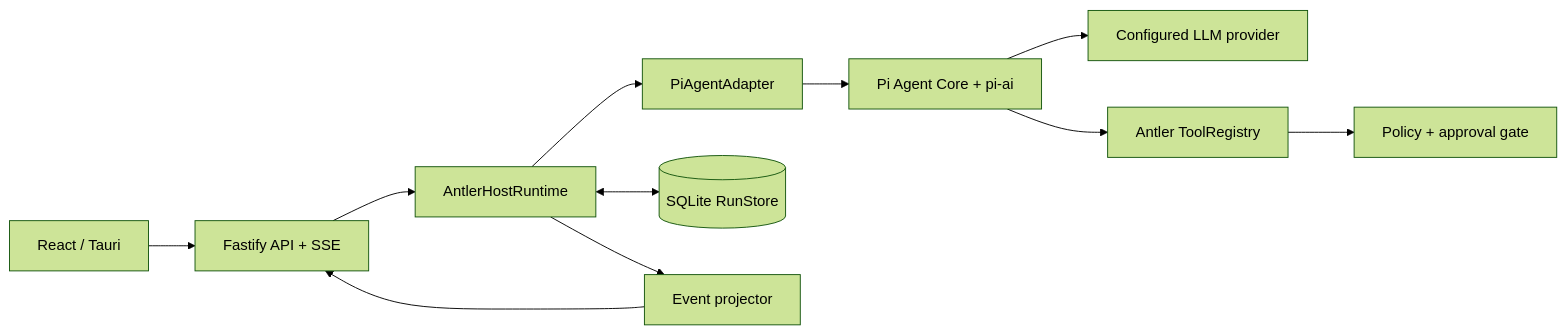
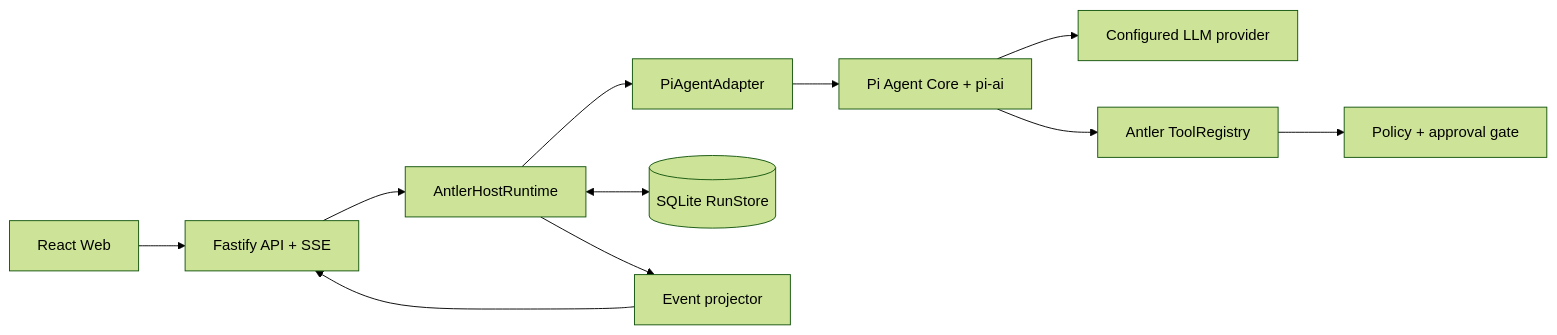
Before and after one commit to junqing258/antler: the first of 2 diagrams in docs/02-pi-agent-implementation-plan.md, drawn with Mermaid (forest theme). The commit also changed 101 other files, not shown here.

````diff
--- a/docs/02-pi-agent-implementation-plan.md
+++ b/docs/02-pi-agent-implementation-plan.md
@@ -16,12 +16,12 @@
 ```mermaid
 flowchart LR
-  UI["React / Tauri"] --> API["Fastify API + SSE"]
+  UI["React Web"] --> API["Fastify API + SSE"]
   API --> Host["AntlerHostRuntime"]
   Host --> Adapter["PiAgentAdapter"]
   Adapter --> Pi["Pi Agent Core + pi-ai"]
   Pi --> Provider["Configured LLM provider"]
   Pi --> Tools["Antler ToolRegistry"]
   Tools --> Policy["Policy + approval gate"]
   Host <--> Store[("SQLite RunStore")]
   Host --> Events["Event projector"] --> API
 ```
````
